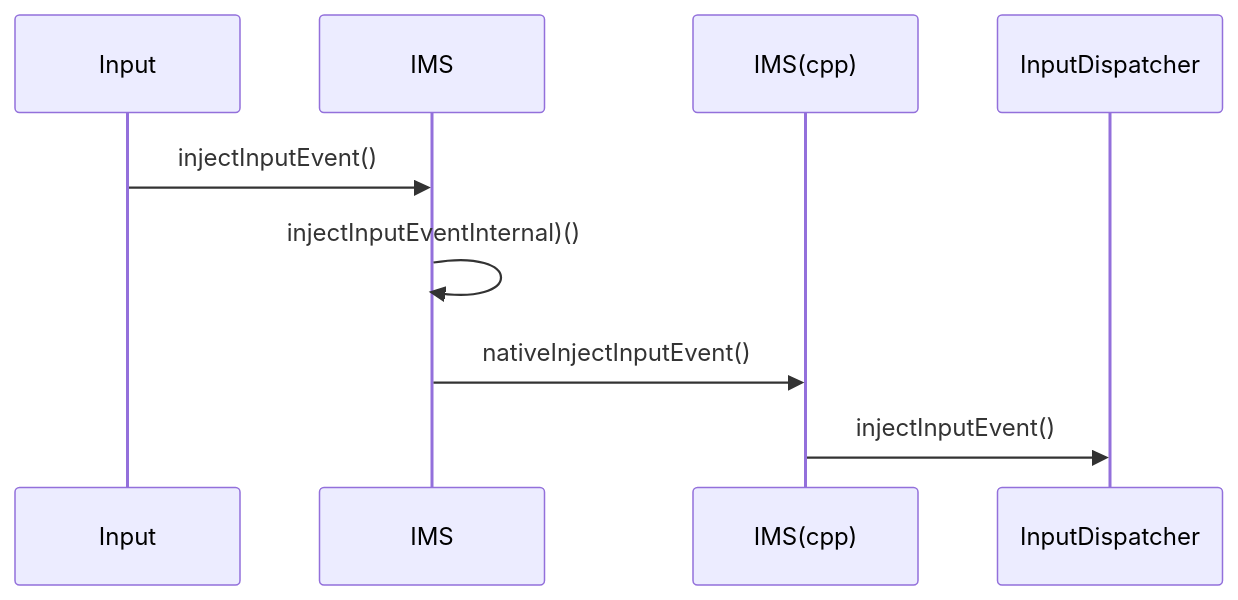
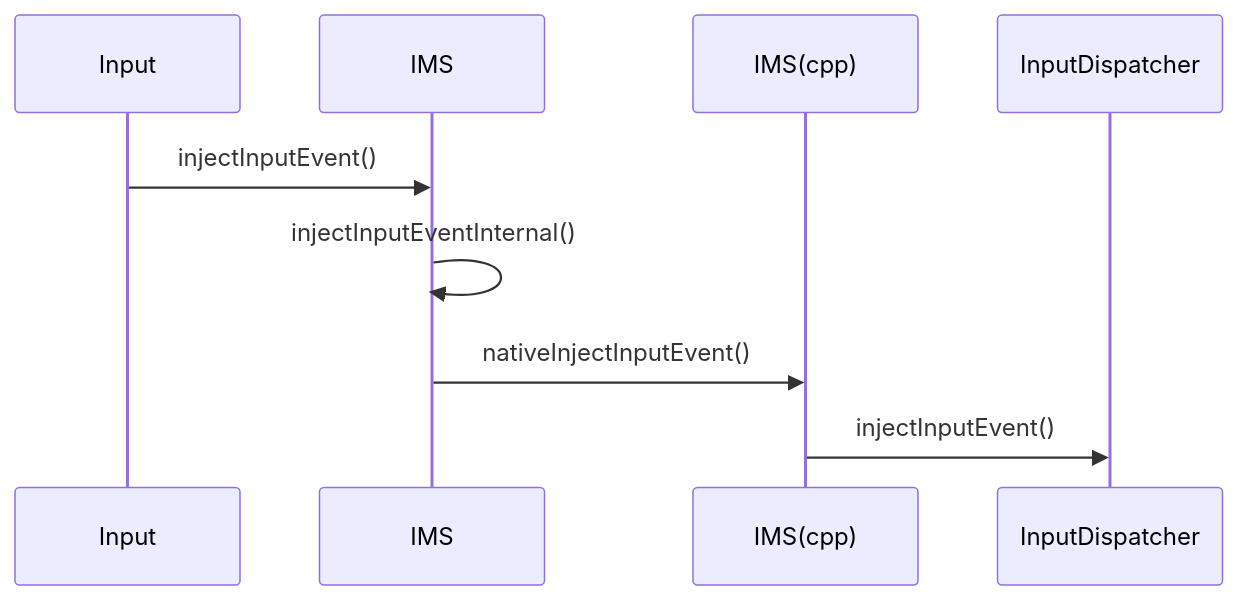
One commit to rangerzhou/rangerzhou.github.io changed the first of 4 diagrams in source/_posts/Android/WMS_Notes.md. Above: the diagram before and after it, drawn with Mermaid. The commit also changed other lines of this file and 16 other files, not shown here.

````diff
--- a/source/_posts/Android/WMS_Notes.md
+++ b/source/_posts/Android/WMS_Notes.md
@@ -1151,8 +558,8 @@
 ``` mermaid
 sequenceDiagram
 Input ->> IMS:injectInputEvent()
-IMS ->> IMS:injectInputEventInternal)()
+IMS ->> IMS:injectInputEventInternal()
 IMS ->> IMS(cpp):nativeInjectInputEvent()
 IMS(cpp) ->> InputDispatcher:injectInputEvent()
 
 ```
````
